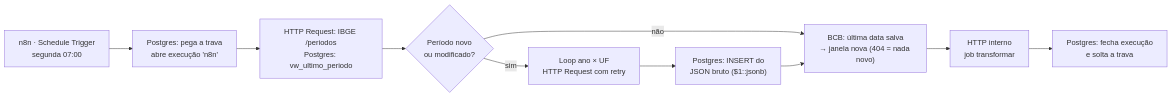
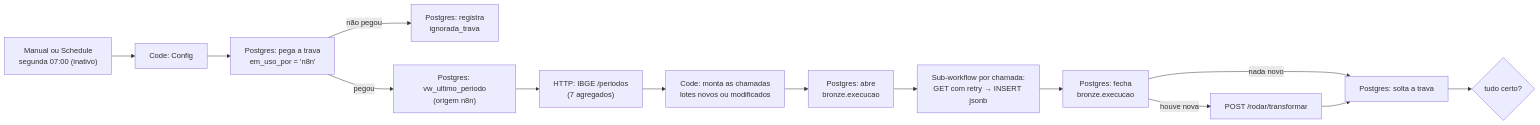
The fourth of 4 diagrams in spec.md (JJ-Junior/radar-expansao), drawn with Mermaid before and after one commit. The commit also changed other lines of this file and 8 other files, not shown here.

````diff
--- a/spec.md
+++ b/spec.md
@@ -622,12 +630,16 @@
 ```mermaid
 flowchart LR
-    T["n8n · Schedule Trigger<br/>segunda 07:00"] --> K["Postgres: pega a trava<br/>abre execução 'n8n'"]
-    K --> P["HTTP Request: IBGE /periodos<br/>Postgres: vw_ultimo_periodo"]
-    P --> C{"Período novo<br/>ou modificado?"}
-    C -- sim --> L["Loop ano × UF<br/>HTTP Request com retry"]
-    C -- não --> BCB
-    L --> G["Postgres: INSERT do<br/>JSON bruto ($1::jsonb)"]
-    G --> BCB["BCB: última data salva<br/>→ janela nova (404 = nada novo)"]
-    BCB --> TR["HTTP interno<br/>job transformar"]
-    TR --> F["Postgres: fecha execução<br/>e solta a trava"]
+    T["Manual ou Schedule<br/>segunda 07:00 (inativo)"] --> CF["Code: Config"]
+    CF --> K["Postgres: pega a trava<br/>em_uso_por = 'n8n'"]
+    K -- "não pegou" --> IG["Postgres: registra<br/>ignorada_trava"]
+    K -- pegou --> U["Postgres: vw_ultimo_periodo<br/>(origem n8n)"]
+    U --> P["HTTP: IBGE /periodos<br/>(7 agregados)"]
+    P --> M["Code: monta as chamadas<br/>lotes novos ou modificados"]
+    M --> AB["Postgres: abre<br/>bronze.execucao"]
+    AB --> G["Sub-workflow por chamada:<br/>GET com retry → INSERT jsonb"]
+    G --> FE["Postgres: fecha<br/>bronze.execucao"]
+    FE -- "houve nova" --> TR["POST /rodar/transformar"]
+    FE -- "nada novo" --> SO
+    TR --> SO["Postgres: solta a trava"]
+    SO --> FIM{"tudo certo?"}
 ```
````
